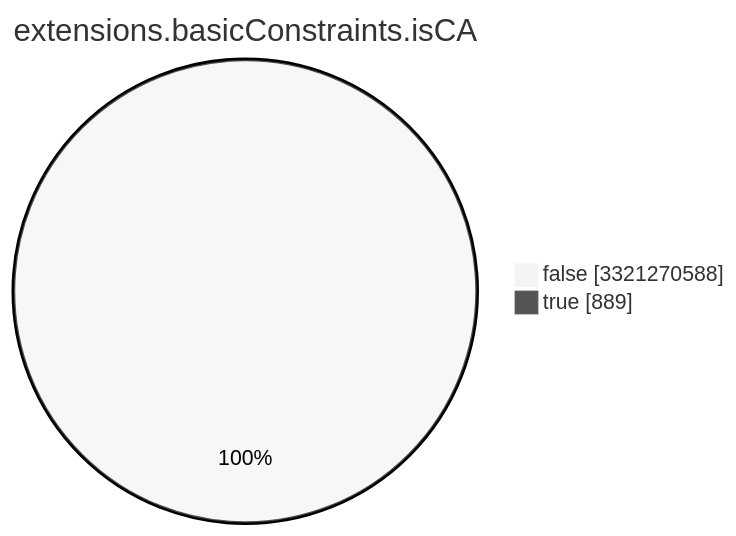
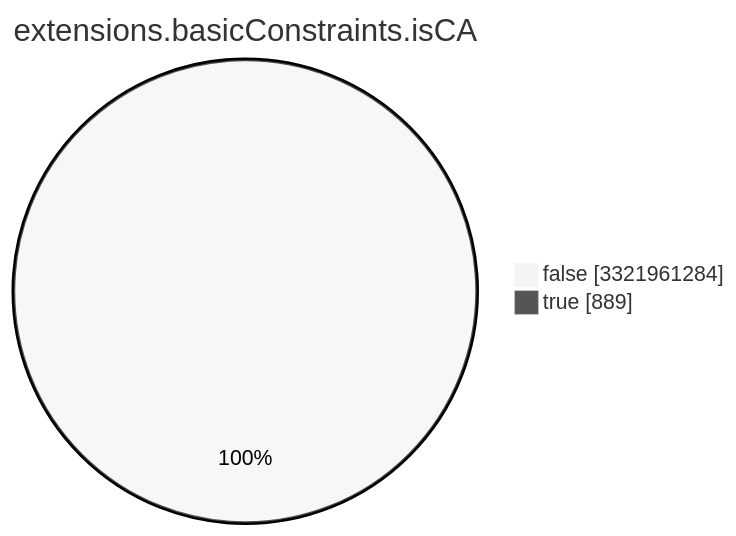
The seventh of 15 diagrams in TOTAL/README.md (christiankrug/ctmonitor_visualization), drawn with Mermaid (neutral theme) before and after one commit. The commit also changed other lines of this file, not shown here.

````diff
--- a/TOTAL/README.md
+++ b/TOTAL/README.md
@@ -3089,6 +3089,6 @@
 ```mermaid
 pie showData
 title extensions.basicConstraints.isCA
-"false" :3321270588
+"false" :3321961284
 "true" :889
 ```
````
